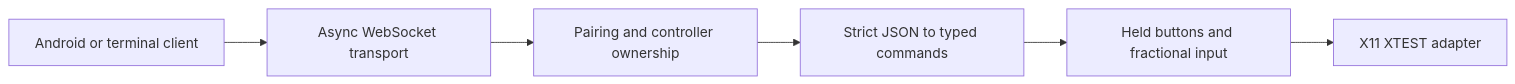
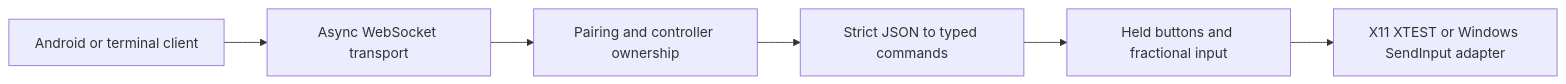
Before and after one commit to Partido-De-What/lanpad: the diagram in receiver/README.md, drawn with Mermaid. The commit also changed other lines of this file and 15 other files, not shown here.

````diff
--- a/receiver/README.md
+++ b/receiver/README.md
@@ -112,8 +146,8 @@
 ```mermaid
 flowchart LR
     Client[Android or terminal client] --> Transport[Async WebSocket transport]
     Transport --> Receiver[Pairing and controller ownership]
     Receiver --> Protocol[Strict JSON to typed commands]
     Protocol --> Mouse[Held buttons and fractional input]
-    Mouse --> X11[X11 XTEST adapter]
+    Mouse --> Native[X11 XTEST or Windows SendInput adapter]
 ```
````
